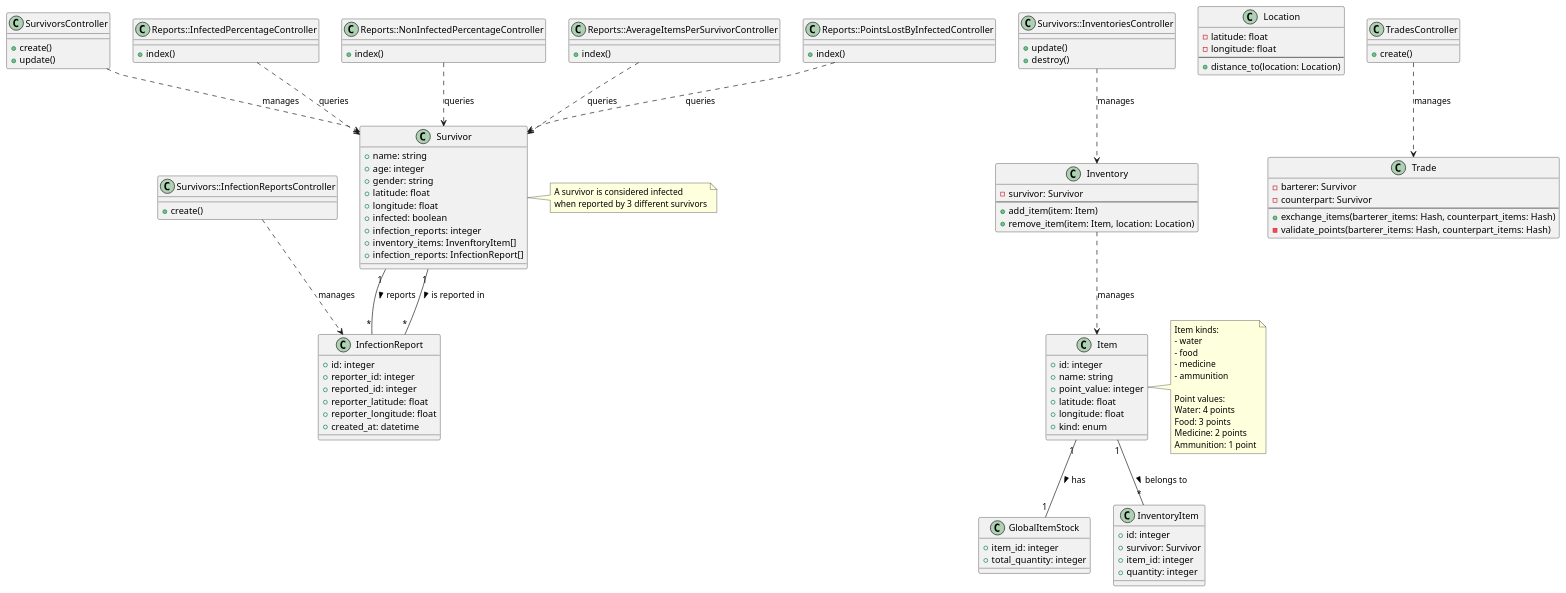
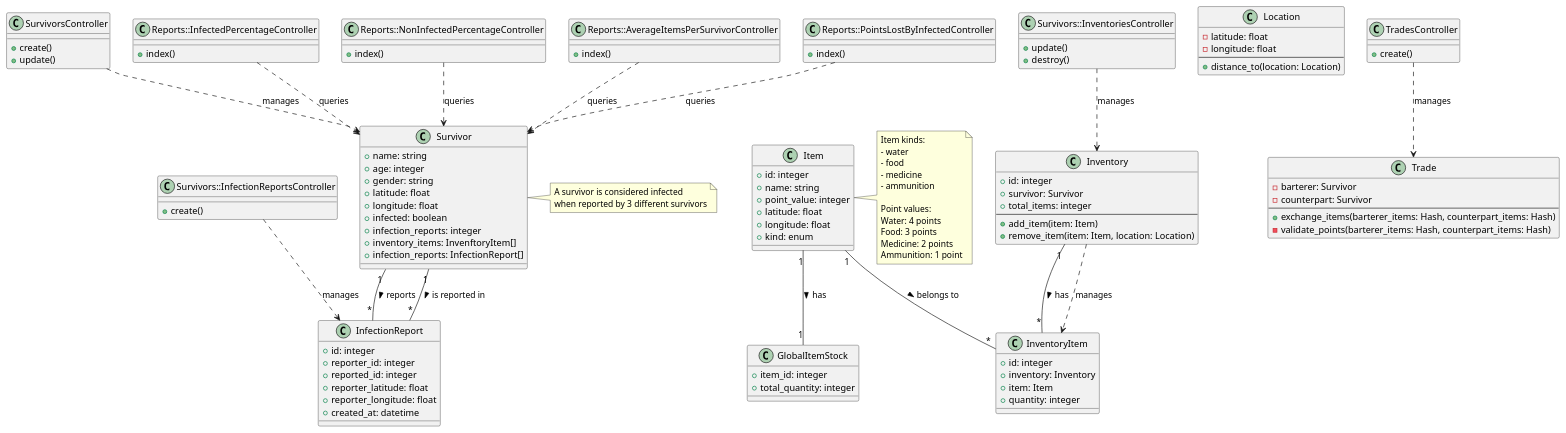
The diagram in docs/code.puml (HDias/zssn), drawn with PlantUML before and after one commit. The commit also changed 1 other file, not shown here.

```diff
--- a/docs/code.puml
+++ b/docs/code.puml
@@ -1,137 +1,141 @@
 @startuml ZSSN_System
 
 class Survivor {
   +name: string
   +age: integer
   +gender: string
   +latitude: float
   +longitude: float
   +infected: boolean
   +infection_reports: integer
   +inventory_items: InvenftoryItem[]
   +infection_reports: InfectionReport[]
 }
 
 class Inventory {
-  -survivor: Survivor
+  +id: integer
+  +survivor: Survivor
+  +total_items: integer
   --
   +add_item(item: Item)
   +remove_item(item: Item, location: Location)
 }
 
 class Location {
   -latitude: float
   -longitude: float
   --
   +distance_to(location: Location)
 }
 
 class Item {
   +id: integer
   +name: string
   +point_value: integer
   +latitude: float
   +longitude: float
   +kind: enum
 }
 
 class GlobalItemStock {
   +item_id: integer
   +total_quantity: integer
 }
 
 class InventoryItem {
   +id: integer
-  +survivor: Survivor
-  +item_id: integer
+  +inventory: Inventory
+  +item: Item
   +quantity: integer
 }
 
 class InfectionReport {
   +id: integer
   +reporter_id: integer
   +reported_id: integer
   +reporter_latitude: float
   +reporter_longitude: float
   +created_at: datetime
 }
 
 class Trade {
   -barterer: Survivor
   -counterpart: Survivor
   --
   +exchange_items(barterer_items: Hash, counterpart_items: Hash)
   -validate_points(barterer_items: Hash, counterpart_items: Hash)
 }
 
 ' Controllers
 class SurvivorsController {
   +create()
   +update()
 }
 
 class Survivors::InfectionReportsController {
   +create()
 }
 
 class Survivors::InventoriesController {
   +update()
   +destroy()
 }
 
 class TradesController {
   +create()
 }
 
 class Reports::InfectedPercentageController {
   +index()
 }
 
 class Reports::NonInfectedPercentageController {
   +index()
 }
 
 class Reports::AverageItemsPerSurvivorController {
   +index()
 }
 
 class Reports::PointsLostByInfectedController {
   +index()
 }
 
 ' Relationships
 Item "1" -- "*" InventoryItem : belongs to >
 Item "1" -- "1" GlobalItemStock : has >
 Survivor "1" -- "*" InfectionReport : reports >
 Survivor "1" -- "*" InfectionReport : is reported in >
 
+Inventory "1" -- "*" InventoryItem : has >
+
 SurvivorsController ..> Survivor : manages
 Survivors::InfectionReportsController ..> InfectionReport : manages
 Survivors::InventoriesController ..> Inventory : manages
-Inventory ..> Item : manages
+Inventory ..> InventoryItem : manages
 TradesController ..> Trade : manages
 Reports::InfectedPercentageController ..> Survivor : queries
 Reports::NonInfectedPercentageController ..> Survivor : queries
 Reports::AverageItemsPerSurvivorController ..> Survivor : queries
 Reports::PointsLostByInfectedController ..> Survivor : queries
 
 note right of Survivor
   A survivor is considered infected
   when reported by 3 different survivors
 end note
 
 note right of Item
   Item kinds:
   - water
   - food
   - medicine
   - ammunition
 
   Point values:
   Water: 4 points
   Food: 3 points
   Medicine: 2 points
   Ammunition: 1 point
 end note
 
 @enduml
```
